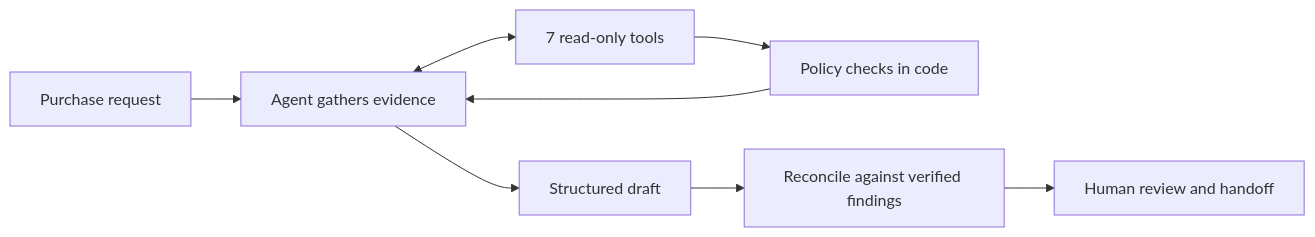
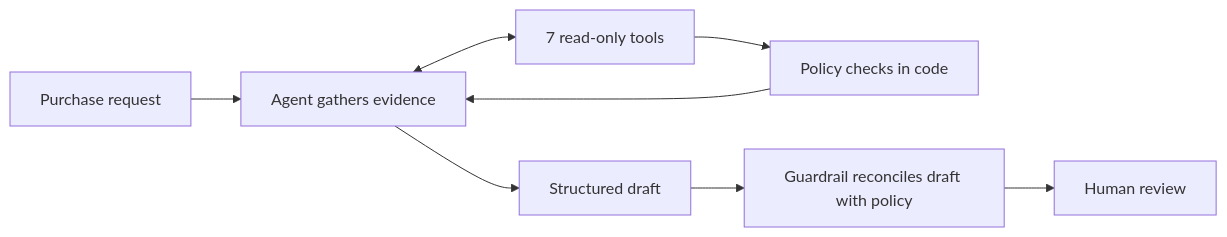
The diagram in README.md (sanaa-duhh/Procurement-copilot), drawn with Mermaid before and after one commit. The commit also changed other lines of this file and 32 other files, not shown here.

````diff
--- a/README.md
+++ b/README.md
@@ -53,10 +52,10 @@
 ```mermaid
 flowchart LR
     R[Purchase request] --> A[Agent gathers evidence]
     A <--> T[7 read-only tools]
     T --> P[Policy checks in code]
     P --> A
     A --> D[Structured draft]
-    D --> G[Reconcile against verified findings]
-    G --> H[Human review and handoff]
+    D --> G[Guardrail reconciles draft with policy]
+    G --> H[Human review]
 ```
````
